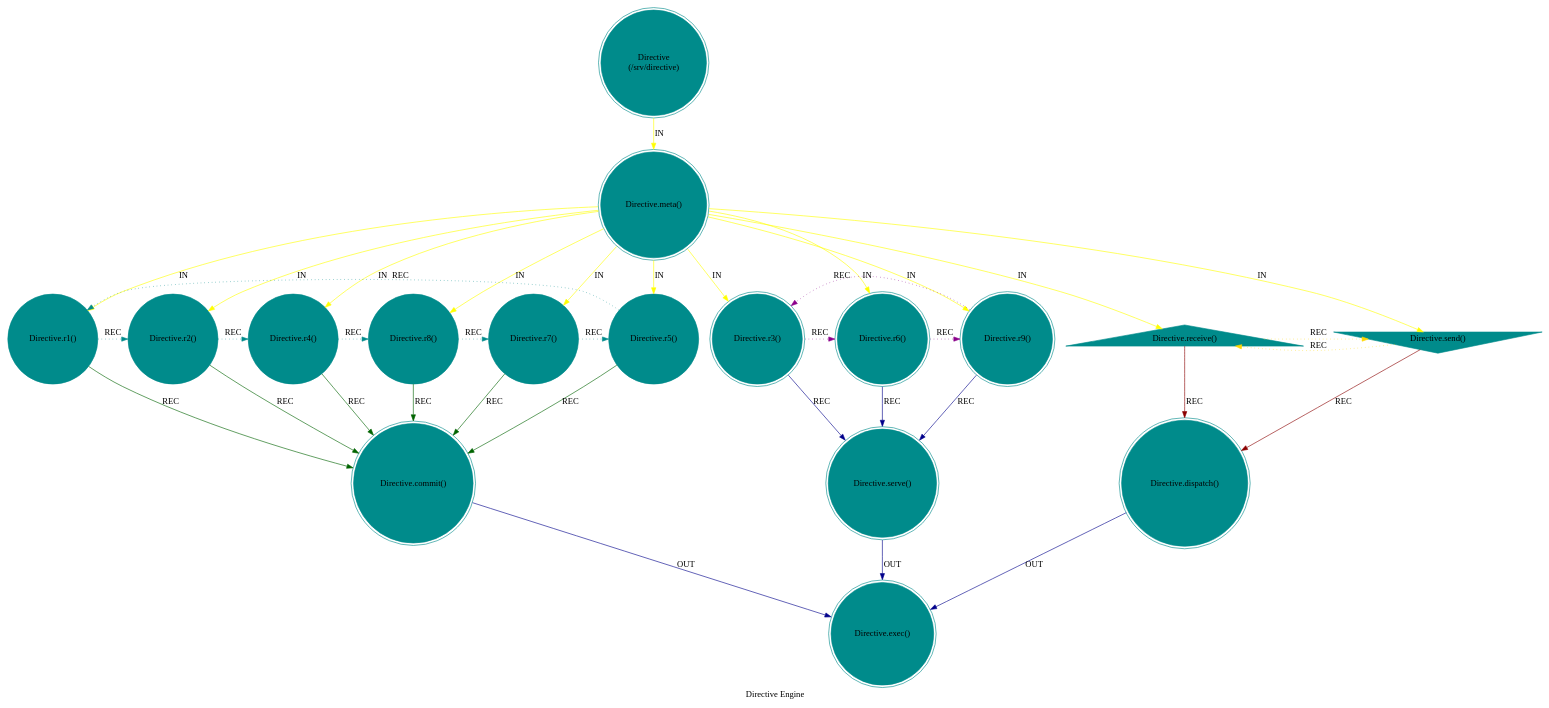
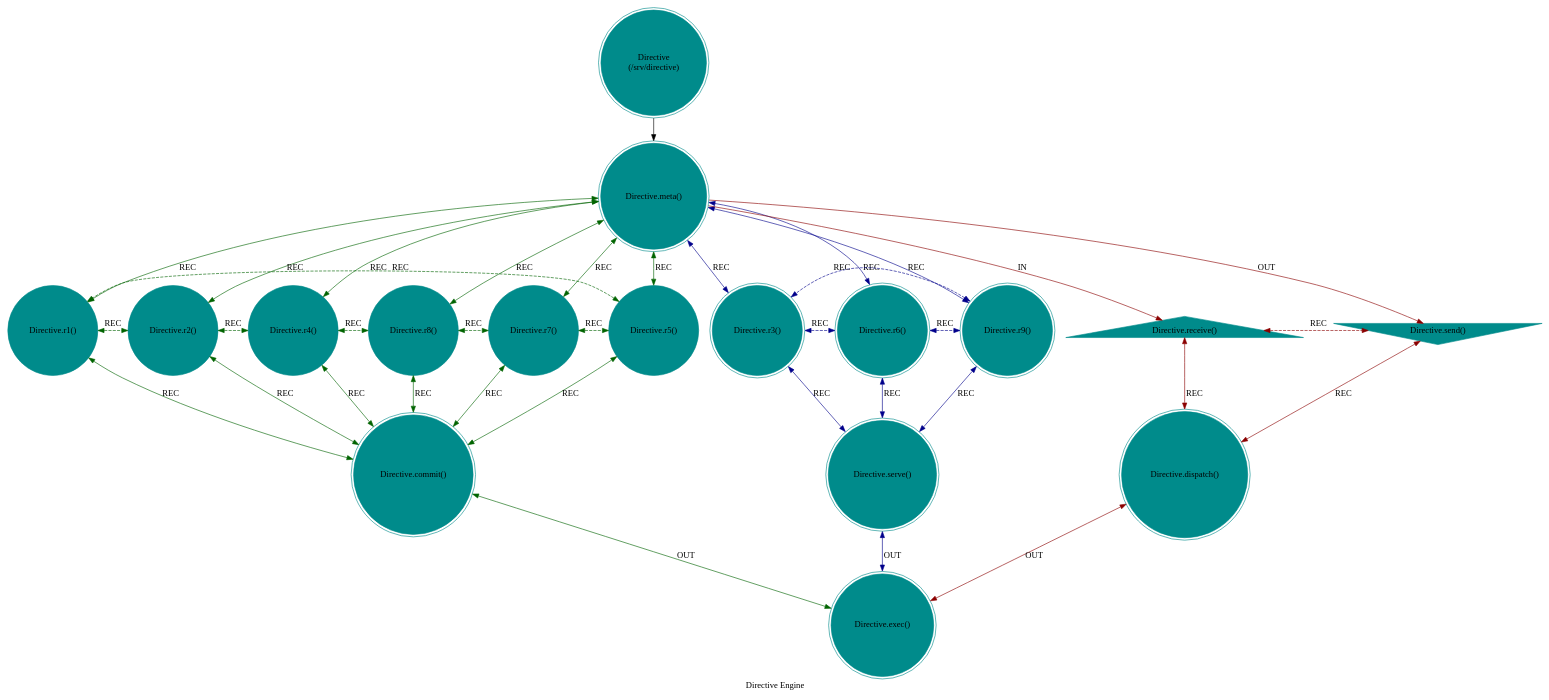
Before and after one commit to cilang/mythos: the diagram in src/core/mythos_srv_directive.dot, drawn with Graphviz. The commit also changed 20 other files, not shown here.

```diff
--- a/src/core/mythos_srv_directive.dot
+++ b/src/core/mythos_srv_directive.dot
@@ -1,42 +1,49 @@
 digraph DirectiveEngine {
     label = "Directive Engine";
     style = filled;
     color = red;
     comment = "";
     node [shape = circle; style = filled; color = darkcyan;];
     
     spark_c_mythos_t [label = "Directive\n(/srv/directive)";shape = doublecircle;];
     
     // r0::meta();r1,r2,r4,r8,r7,r5;r3,r6,r;ra::receive(),rb::send(),rc::dispatch(),rd::commit(),re::serve(),rf::exec()
     spark_0_directive_t [label = "Directive.meta()";shape = doublecircle;comment = "";];
     spark_1_directive_t [label = "Directive.r1()";shape = circle;comment = "";];
     spark_2_directive_t [label = "Directive.r2()";shape = circle;comment = "";];
     spark_4_directive_t [label = "Directive.r4()";shape = circle;comment = "";];
     spark_8_directive_t [label = "Directive.r8()";shape = circle;comment = "";];
     spark_7_directive_t [label = "Directive.r7()";shape = circle;comment = "";];
     spark_5_directive_t [label = "Directive.r5()";shape = circle;comment = "";];
     spark_3_directive_t [label = "Directive.r3()";shape = doublecircle;comment = "";];
     spark_6_directive_t [label = "Directive.r6()";shape = doublecircle;comment = "";];
     spark_9_directive_t [label = "Directive.r9()";shape = doublecircle;comment = "";];
     spark_a_directive_t [label = "Directive.receive()";shape = triangle;comment = "";];
     spark_b_directive_t [label = "Directive.send()";shape = invtriangle;comment = "";];
     spark_c_directive_t [label = "Directive.dispatch()";shape = doublecircle;comment = "";];
     spark_d_directive_t [label = "Directive.commit()";shape = doublecircle;comment = "";];
     spark_e_directive_t [label = "Directive.serve()";shape = doublecircle;comment = "`/srv/directive`";];
     spark_f_directive_t [label = "Directive.exec()";shape = doublecircle;comment = "";];
     
     // IN = Input
     // OUT = Output
     // REC = Recursion
-    spark_c_mythos_t -> spark_0_directive_t -> {spark_a_directive_t spark_b_directive_t spark_1_directive_t spark_2_directive_t spark_3_directive_t spark_4_directive_t spark_5_directive_t spark_6_directive_t spark_7_directive_t spark_8_directive_t spark_9_directive_t} [label = "IN"; color = yellow; comment = "";];
+    spark_c_mythos_t -> spark_0_directive_t;
     
-    {spark_a_directive_t spark_b_directive_t} -> spark_c_directive_t [label = "REC"; color = darkred; comment = "";];
-    {spark_1_directive_t spark_2_directive_t spark_4_directive_t spark_8_directive_t spark_7_directive_t spark_5_directive_t} -> spark_d_directive_t [label = "REC"; color = darkgreen; comment = "";];
-    {spark_3_directive_t spark_6_directive_t spark_9_directive_t} -> spark_e_directive_t [label = "REC"; color = darkblue; comment = "";];
+    spark_0_directive_t -> spark_a_directive_t [label = "IN"; color = darkred; comment = "";];
+    spark_0_directive_t -> spark_b_directive_t [label = "OUT"; color = darkred; comment = "";];
+    spark_0_directive_t -> {spark_3_directive_t spark_6_directive_t spark_9_directive_t} [label = "REC"; color = darkblue; comment = ""; dir = both;];
+    spark_0_directive_t -> {spark_1_directive_t spark_2_directive_t spark_4_directive_t spark_8_directive_t spark_7_directive_t spark_5_directive_t} [label = "REC"; color = darkgreen; comment = ""; dir = both;];
     
-    spark_1_directive_t -> spark_2_directive_t -> spark_4_directive_t -> spark_8_directive_t -> spark_7_directive_t -> spark_5_directive_t -> spark_1_directive_t [label = "REC"; color = darkcyan; comment = ""; style = dotted; constraint = false;];
-    spark_3_directive_t -> spark_6_directive_t -> spark_9_directive_t -> spark_3_directive_t [label = "REC"; color = darkmagenta; comment = ""; style = dotted; constraint = false;];
-    spark_a_directive_t -> spark_b_directive_t -> spark_a_directive_t [label = "REC"; color = gold; comment = ""; style = dotted; constraint = false;];
+    {spark_a_directive_t spark_b_directive_t} -> spark_c_directive_t [label = "REC"; color = darkred; comment = ""; dir = both;];
+    {spark_1_directive_t spark_2_directive_t spark_4_directive_t spark_8_directive_t spark_7_directive_t spark_5_directive_t} -> spark_d_directive_t [label = "REC"; color = darkgreen; comment = ""; dir = both;];
+    {spark_3_directive_t spark_6_directive_t spark_9_directive_t} -> spark_e_directive_t [label = "REC"; color = darkblue; comment = ""; dir = both;];
     
-    {spark_c_directive_t spark_d_directive_t spark_e_directive_t} -> spark_f_directive_t [label = "OUT"; color = darkblue; comment = "";];
+    spark_1_directive_t -> spark_2_directive_t -> spark_4_directive_t -> spark_8_directive_t -> spark_7_directive_t -> spark_5_directive_t -> spark_1_directive_t [label = "REC"; color = darkgreen; comment = ""; style = dashed; constraint = false; dir = both;];
+    spark_3_directive_t -> spark_6_directive_t -> spark_9_directive_t -> spark_3_directive_t [label = "REC"; color = darkblue; comment = ""; style = dashed; constraint = false; dir = both;];
+    spark_a_directive_t -> spark_b_directive_t [label = "REC"; color = darkred; comment = ""; constraint = false; style = dashed; dir = both;];
+    
+    spark_c_directive_t -> spark_f_directive_t [label = "OUT"; color = darkred; comment = ""; dir = both;];
+    spark_d_directive_t -> spark_f_directive_t [label = "OUT"; color = darkgreen; comment = ""; dir = both;];
+    spark_e_directive_t -> spark_f_directive_t [label = "OUT"; color = darkblue; comment = ""; dir = both;];
 }
```
